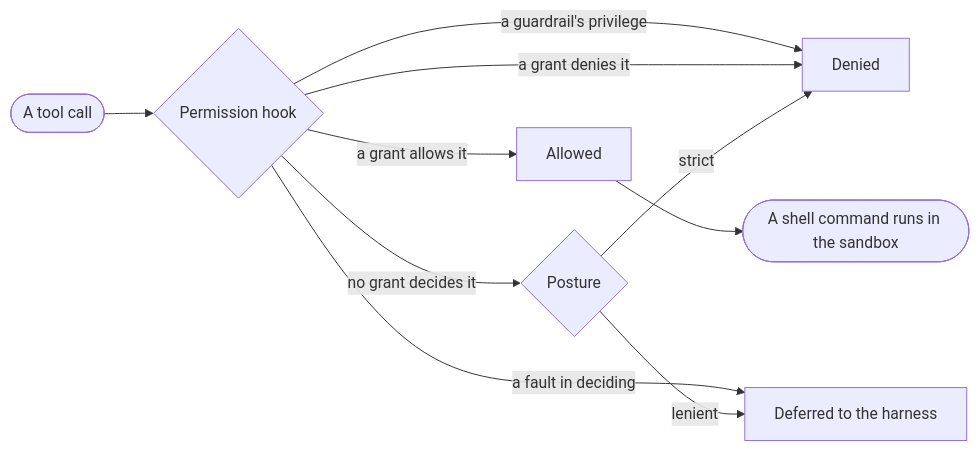
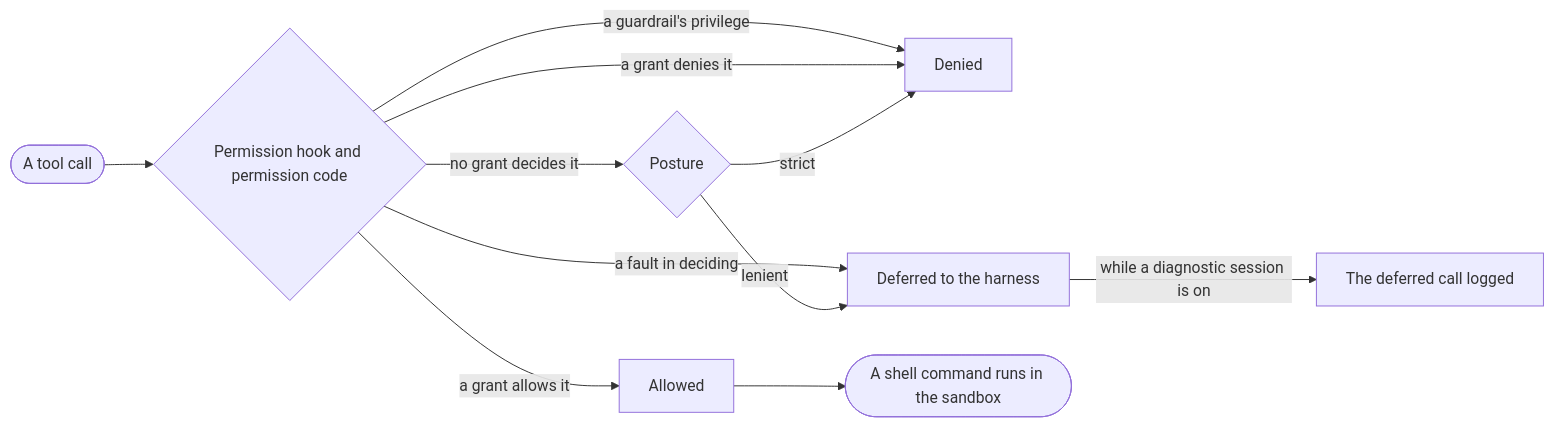
Before and after one commit to aleskalfas/project-kit: the second of 3 diagrams in tech-docs/analysis/core/domain-model/080-agents-and-permissions.md, drawn with Mermaid. The commit also changed other lines of this file and 7 other files, not shown here.

````diff
--- a/tech-docs/analysis/core/domain-model/080-agents-and-permissions.md
+++ b/tech-docs/analysis/core/domain-model/080-agents-and-permissions.md
@@ -91,14 +137,15 @@
 ```mermaid
 flowchart LR
   accTitle: How a tool call is decided
-  accDescr: Before the harness runs a tool call, the permission hook has the backbone's code decide it. A guardrail's privilege is denied, and so is a call a grant denies. A call a grant allows runs, and a shell command runs in the sandbox. A call no grant decides follows the posture. A fault in deciding defers the call to the harness.
-  call([A tool call]) --> hook{Permission hook}
+  accDescr: Before the harness runs a tool call, the permission hook has the permission code decide it. A guardrail's privilege is denied, and so is a call a grant denies. A call a grant allows runs, and a shell command runs in the sandbox. A call no grant decides follows the posture. A fault in deciding defers the call to the harness. While a diagnostic session is on, a deferred call is logged.
+  call([A tool call]) --> hook{Permission hook and permission code}
   hook -->|a guardrail's privilege| denied[Denied]
   hook -->|a grant denies it| denied
   hook -->|a grant allows it| allowed[Allowed]
   hook -->|no grant decides it| posture{Posture}
   hook -->|a fault in deciding| deferred[Deferred to the harness]
   posture -->|lenient| deferred
   posture -->|strict| denied
   allowed --> box([A shell command runs in the sandbox])
+  deferred -->|while a diagnostic session is on| logged[The deferred call logged]
 ```
````
